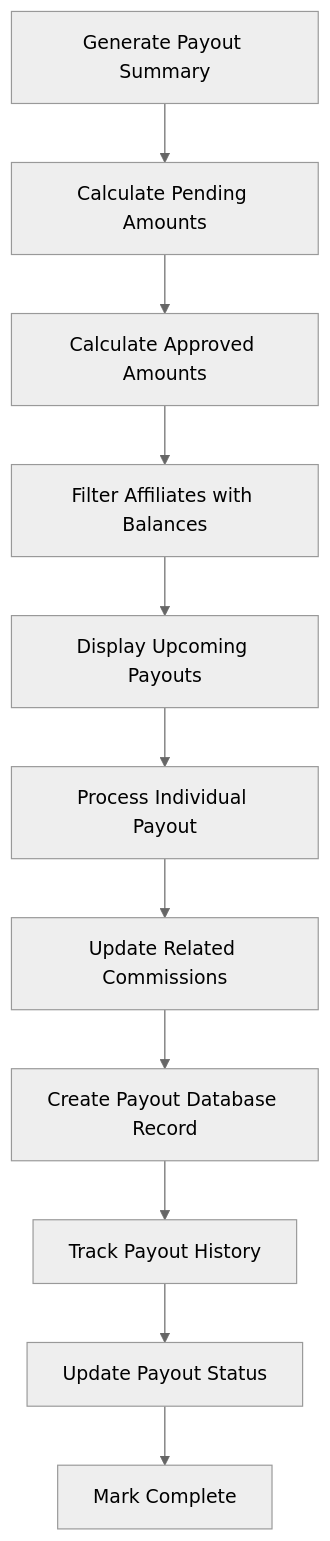
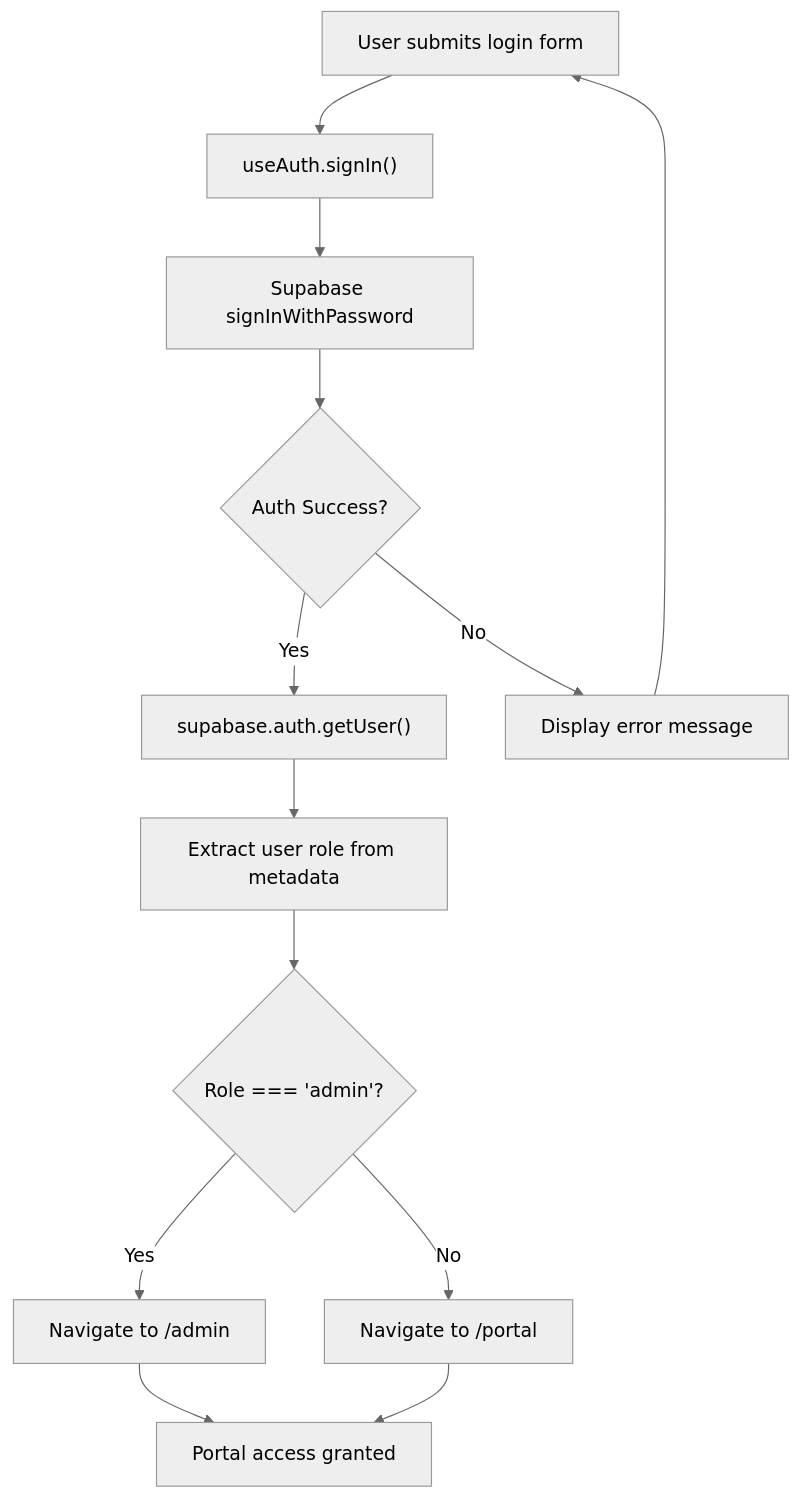
One commit to Hawky1/ryland changed the seventh of 8 diagrams in .qoder/repowiki/en/content/Application Architecture/Admin Portal System.md. Above: the diagram before and after it, drawn with Mermaid (neutral theme). The commit also changed other lines of this file and 6 other files, not shown here.

Commit message:
Fix useAdminRole to cache result and prevent re-check on tab switch

````diff
--- a/.qoder/repowiki/en/content/Application Architecture/Admin Portal System.md
+++ b/.qoder/repowiki/en/content/Application Architecture/Admin Portal System.md
@@ -391,13 +398,15 @@
 ```mermaid
 flowchart TD
-GenerateSummary["Generate Payout Summary"] --> CalculatePending["Calculate Pending Amounts"]
-CalculatePending --> CalculateApproved["Calculate Approved Amounts"]
-CalculateApproved --> FilterAffiliates["Filter Affiliates with Balances"]
-FilterAffiliates --> DisplayUpcoming["Display Upcoming Payouts"]
-DisplayUpcoming --> ProcessPayout["Process Individual Payout"]
-ProcessPayout --> UpdateCommissions["Update Related Commissions"]
-UpdateCommissions --> CreatePayoutRecord["Create Payout Database Record"]
-CreatePayoutRecord --> TrackHistory["Track Payout History"]
-TrackHistory --> UpdateStatus["Update Payout Status"]
-UpdateStatus --> MarkComplete["Mark Complete"]
+LoginForm["User submits login form"] --> AuthSignIn["useAuth.signIn()"]
+AuthSignIn --> SupabaseAuth["Supabase signInWithPassword"]
+SupabaseAuth --> AuthSuccess{"Auth Success?"}
+AuthSuccess --> |Yes| GetUser["supabase.auth.getUser()"]
+AuthSuccess --> |No| ShowError["Display error message"]
+ShowError --> LoginForm
+GetUser --> CheckRole["Extract user role from metadata"]
+CheckRole --> IsAdmin{"Role === 'admin'?"}
+IsAdmin --> |Yes| RedirectAdmin["Navigate to /admin"]
+IsAdmin --> |No| RedirectPortal["Navigate to /portal"]
+RedirectAdmin --> Success["Admin access granted"]
+RedirectPortal --> Success["Portal access granted"]
 ```
````
